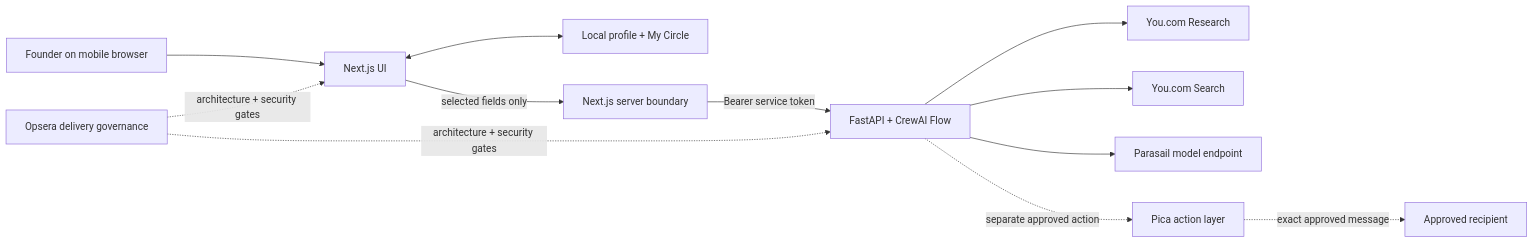
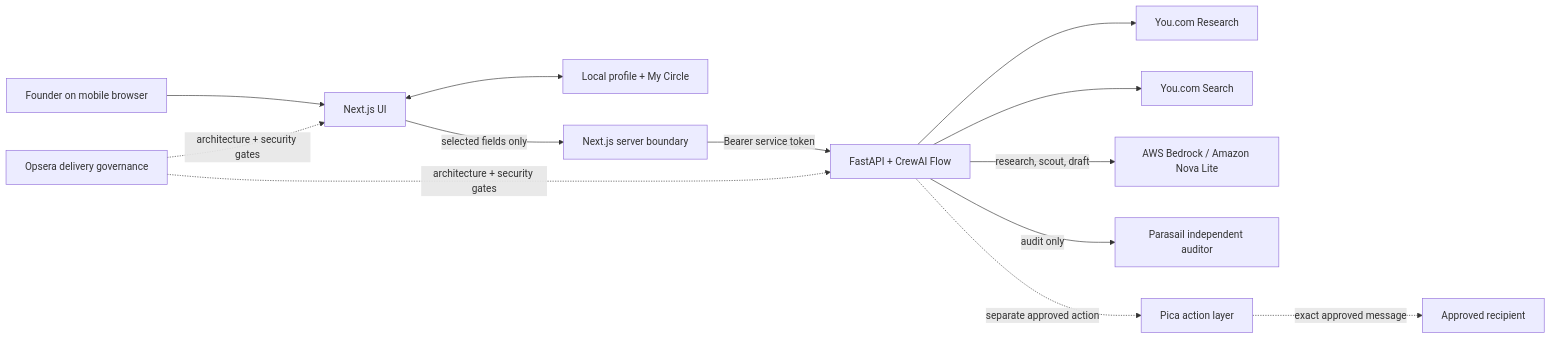
Before and after one commit to stevenknowswhy/event-icebreaker: the diagram in docs/architecture.md, drawn with Mermaid. The commit also changed other lines of this file and 27 other files, not shown here.

````diff
--- a/docs/architecture.md
+++ b/docs/architecture.md
@@ -5,26 +5,28 @@
 ```mermaid
 flowchart LR
   Founder["Founder on mobile browser"]
   Local["Local profile + My Circle"]
   Web["Next.js UI"]
   Proxy["Next.js server boundary"]
   Flow["FastAPI + CrewAI Flow"]
   YouR["You.com Research"]
   YouS["You.com Search"]
-  Parasail["Parasail model endpoint"]
+  Bedrock["AWS Bedrock / Amazon Nova Lite"]
+  Parasail["Parasail independent auditor"]
   Pica["Pica action layer"]
   Recipient["Approved recipient"]
   Opsera["Opsera delivery governance"]
 
   Founder --> Web
   Web <--> Local
   Web -->|"selected fields only"| Proxy
   Proxy -->|"Bearer service token"| Flow
   Flow --> YouR
   Flow --> YouS
-  Flow --> Parasail
+  Flow -->|"research, scout, draft"| Bedrock
+  Flow -->|"audit only"| Parasail
   Flow -. "separate approved action" .-> Pica
   Pica -. "exact approved message" .-> Recipient
   Opsera -. "architecture + security gates" .-> Web
   Opsera -. "architecture + security gates" .-> Flow
 ```
````
